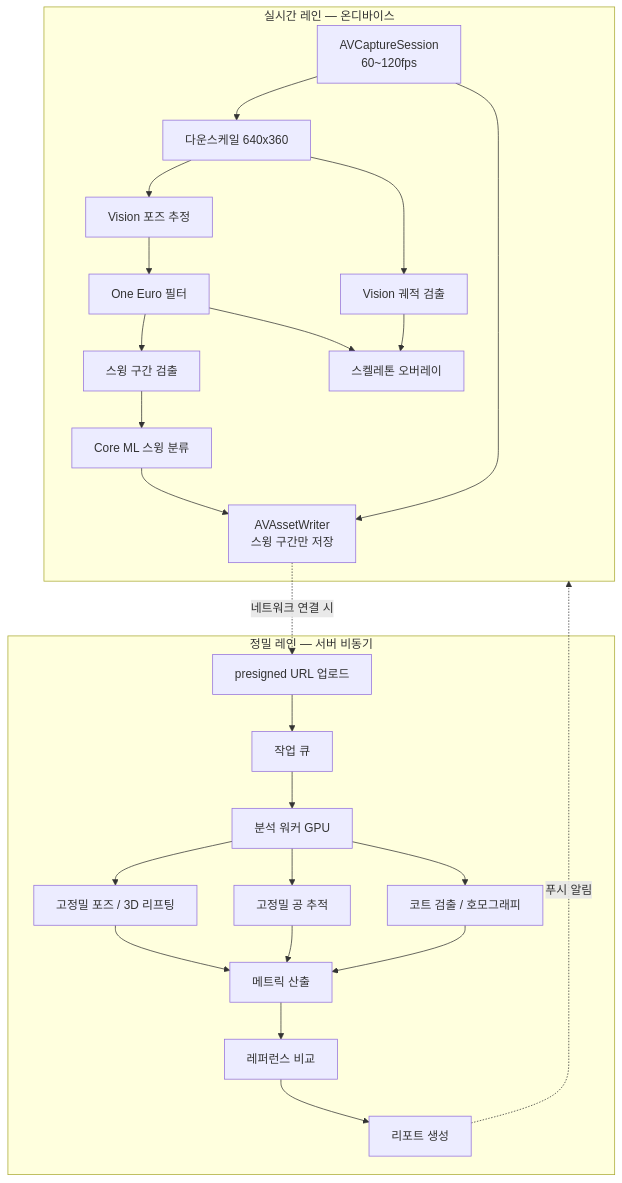
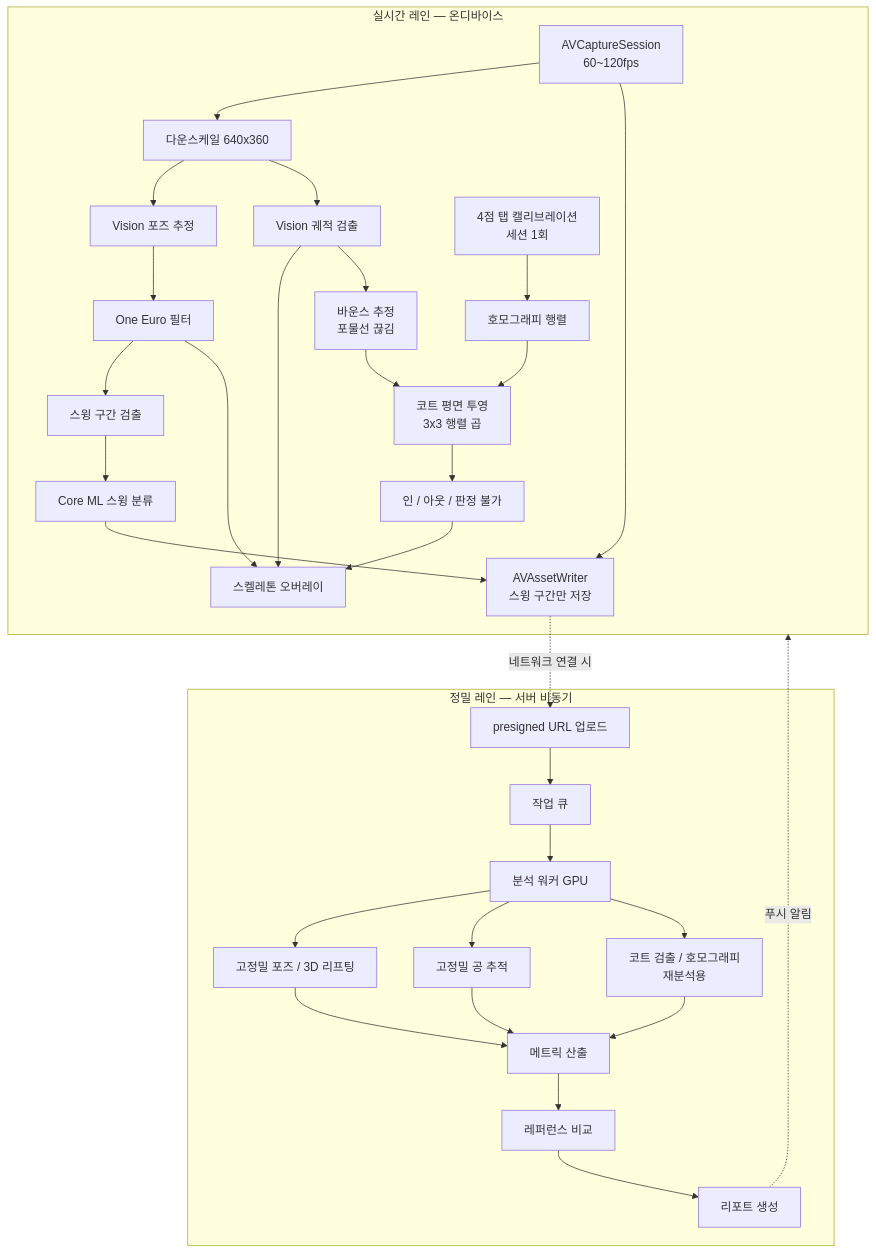
One commit to wnsgur9137/TeniTeni changed the first of 2 diagrams in docs/02-설계/ARCHITECTURE.md. Above: the diagram before and after it, drawn with Mermaid. The commit also changed other lines of this file, not shown here.

Commit message:
📃 docs(design): 아키텍처 다이어그램에 실시간 라인 판정 경로를 넣는다
자체 리뷰에서 찾았다. 이 PR의 목적이 "인/아웃을 실시간 온디바이스로"
인데 정작 아키텍처 다이어그램에는 그 경로가 없었다. 코트 검출이
서버 레인에만 있어, 다이어그램만 보면 여전히 서버 사후 분석이다.

실시간 레인에 캘리브레이션 → 호모그래피 → 투영 → 판정 경로를 넣고,
서버 레인의 코트 검출에는 "재분석용"을 붙여 실시간 판정을 대체하지
않음을 명시했다.

서버 레인에서 지우지는 않았다. ADR-0001의 하이브리드 구조에서
업로드된 클립을 다시 분석하는 것은 여전히 서버의 일이다.

라인 판정 경로가 라인 판정 모드에서만 켜진다는 것도 적었다.
다이어그램만 보면 두 경로가 동시에 도는 것처럼 읽힌다.

Refs #44

Claude-Session: https://claude.ai/code/session_0167x97s3hfFjpGhg5xjKcGU

````diff
--- a/docs/02-설계/ARCHITECTURE.md
+++ b/docs/02-설계/ARCHITECTURE.md
@@ -20,31 +24,38 @@
 ```mermaid
 flowchart TB
     subgraph device["실시간 레인 — 온디바이스"]
         CAM[AVCaptureSession<br/>60~120fps] --> DS[다운스케일 640x360]
         DS --> POSE[Vision 포즈 추정]
         DS --> BALL[Vision 궤적 검출]
         POSE --> SMOOTH[One Euro 필터]
         SMOOTH --> SEG[스윙 구간 검출]
         SEG --> CLS[Core ML 스윙 분류]
         SMOOTH --> OVL[스켈레톤 오버레이]
         BALL --> OVL
         CAM --> REC[AVAssetWriter<br/>스윙 구간만 저장]
         CLS --> REC
+
+        CAL[4점 탭 캘리브레이션<br/>세션 1회] --> HOM[호모그래피 행렬]
+        BALL --> BNC[바운스 추정<br/>포물선 끊김]
+        HOM --> PRJ[코트 평면 투영<br/>3x3 행렬 곱]
+        BNC --> PRJ
+        PRJ --> CALL[인 / 아웃 / 판정 불가]
+        CALL --> OVL
     end
 
     subgraph cloud["정밀 레인 — 서버 비동기"]
         UP[presigned URL 업로드] --> Q[작업 큐]
         Q --> W[분석 워커 GPU]
         W --> HP[고정밀 포즈 / 3D 리프팅]
         W --> HB[고정밀 공 추적]
-        W --> CD[코트 검출 / 호모그래피]
+        W --> CD[코트 검출 / 호모그래피<br/>재분석용]
         HP --> MET[메트릭 산출]
         HB --> MET
         CD --> MET
         MET --> CMP[레퍼런스 비교]
         CMP --> REP[리포트 생성]
     end
 
     REC -.네트워크 연결 시.-> UP
     REP -.푸시 알림.-> device
 ```
````
